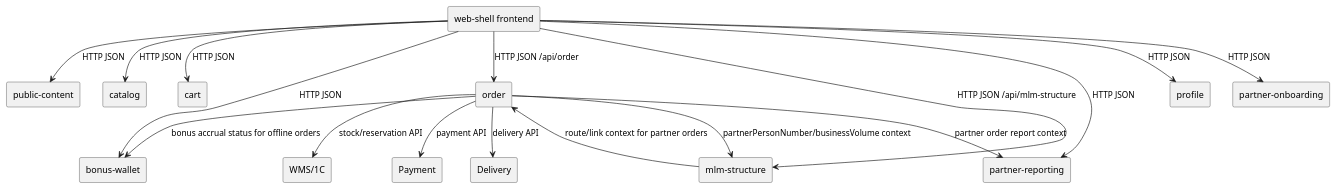
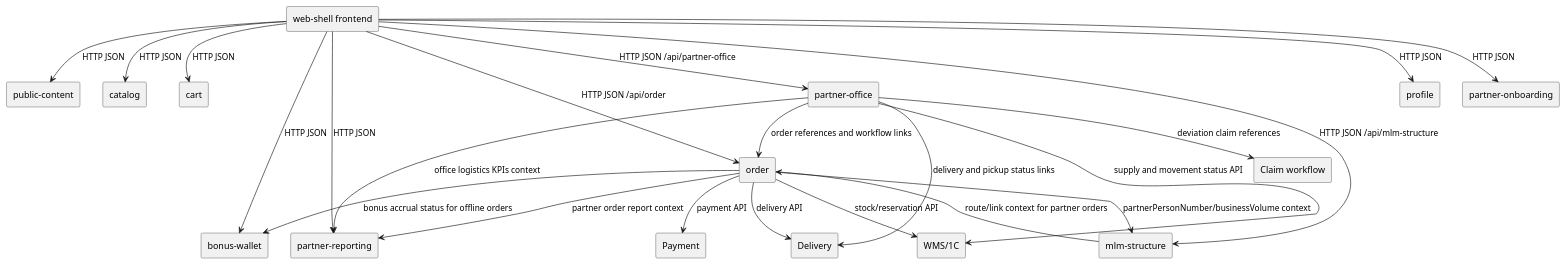
Before and after one commit to alextaralexander/ai_ori_test: the diagram in agents/architecture/architecture.plantuml, drawn with PlantUML. The commit also changed 51 other files, not shown here.

```diff
--- a/agents/architecture/architecture.plantuml
+++ b/agents/architecture/architecture.plantuml
@@ -1,32 +1,40 @@
 @startuml
 skinparam componentStyle rectangle
 component "web-shell frontend" as Web
 component "public-content" as PublicContent
 component "catalog" as Catalog
 component "cart" as Cart
 component "order" as Order
 component "profile" as Profile
 component "bonus-wallet" as Bonus
 component "partner-onboarding" as Onboarding
 component "partner-reporting" as Reporting
 component "mlm-structure" as MLM
+component "partner-office" as PartnerOffice
 component "WMS/1C" as WMS
 component "Payment" as Payment
 component "Delivery" as Delivery
+component "Claim workflow" as Claim
 Web --> PublicContent : HTTP JSON
 Web --> Catalog : HTTP JSON
 Web --> Cart : HTTP JSON
 Web --> Order : HTTP JSON /api/order
 Web --> Profile : HTTP JSON
 Web --> Bonus : HTTP JSON
 Web --> Onboarding : HTTP JSON
 Web --> Reporting : HTTP JSON
 Web --> MLM : HTTP JSON /api/mlm-structure
+Web --> PartnerOffice : HTTP JSON /api/partner-office
 MLM --> Order : route/link context for partner orders
 Order --> Bonus : bonus accrual status for offline orders
 Order --> MLM : partnerPersonNumber/businessVolume context
 Order --> Reporting : partner order report context
+PartnerOffice --> Order : order references and workflow links
+PartnerOffice --> Claim : deviation claim references
+PartnerOffice --> Reporting : office logistics KPIs context
 Order --> Payment : payment API
 Order --> WMS : stock/reservation API
 Order --> Delivery : delivery API
+PartnerOffice --> WMS : supply and movement status API
+PartnerOffice --> Delivery : delivery and pickup status links
 @enduml
```
